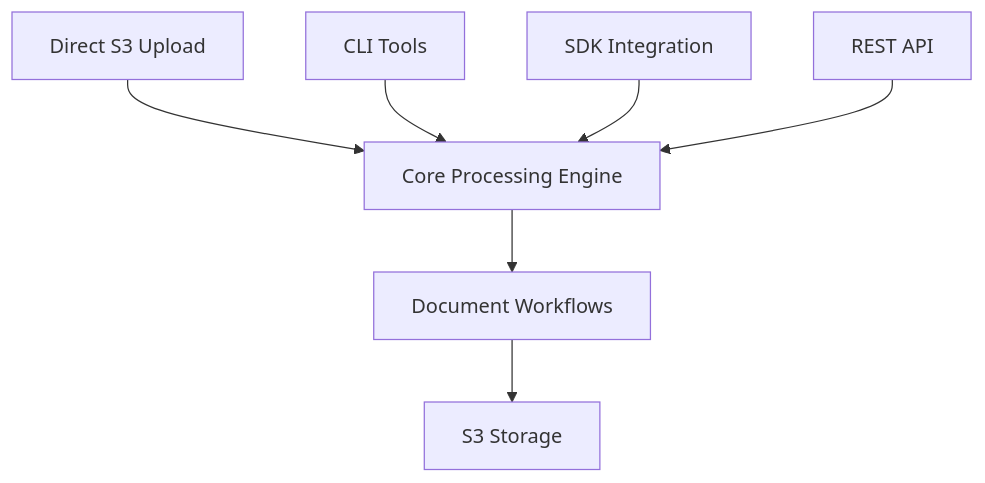
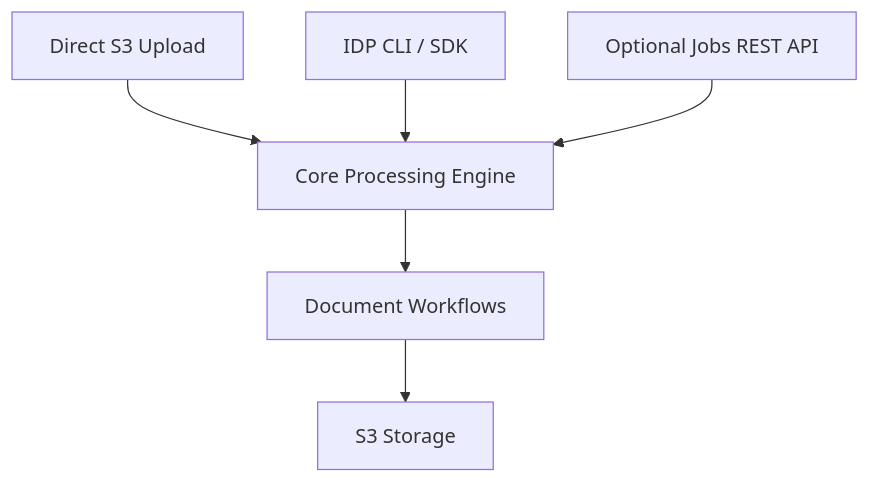
The third of 3 diagrams in docs/govcloud-architecture.md (aws-samples/sample-genai-idp), drawn with Mermaid before and after one commit. The commit also changed other lines of this file and 4 other files, not shown here.

Commit message:
feat(docs): restructure GovCloud Deployment guide and update architecture docs

````diff
--- a/docs/govcloud-architecture.md
+++ b/docs/govcloud-architecture.md
@@ -34,9 +67,8 @@
 ```mermaid
 graph TB
     A[Direct S3 Upload] --> F[Core Processing Engine]
+    I[IDP CLI / SDK] --> F
+    K[Optional Jobs REST API] --> F
     F --> G[Document Workflows]
     G --> H[S3 Storage]
-    I[CLI Tools] --> F
-    J[SDK Integration] --> F
-    K[REST API] --> F
 ```
````
